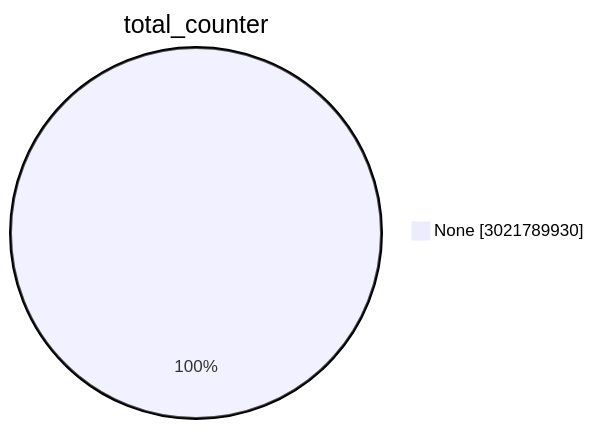
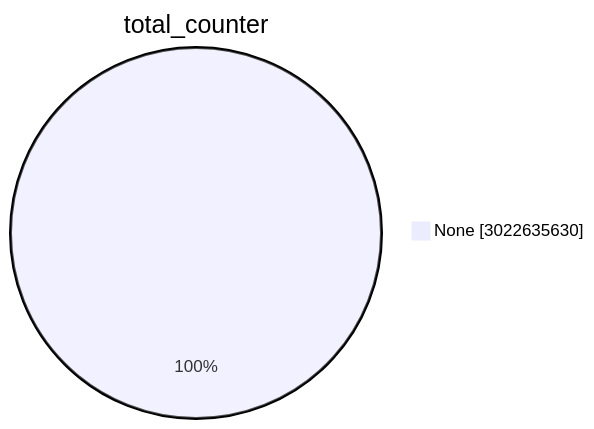
The first of 15 diagrams in TOTAL/README.md (christiankrug/ctmonitor_visualization), drawn with Mermaid before and after one commit. The commit also changed other lines of this file, not shown here.

````diff
--- a/TOTAL/README.md
+++ b/TOTAL/README.md
@@ -1,5 +1,5 @@
 ```mermaid
 pie showData
 title total_counter
-"None" :3021789930
+"None" :3022635630
 ```
````
